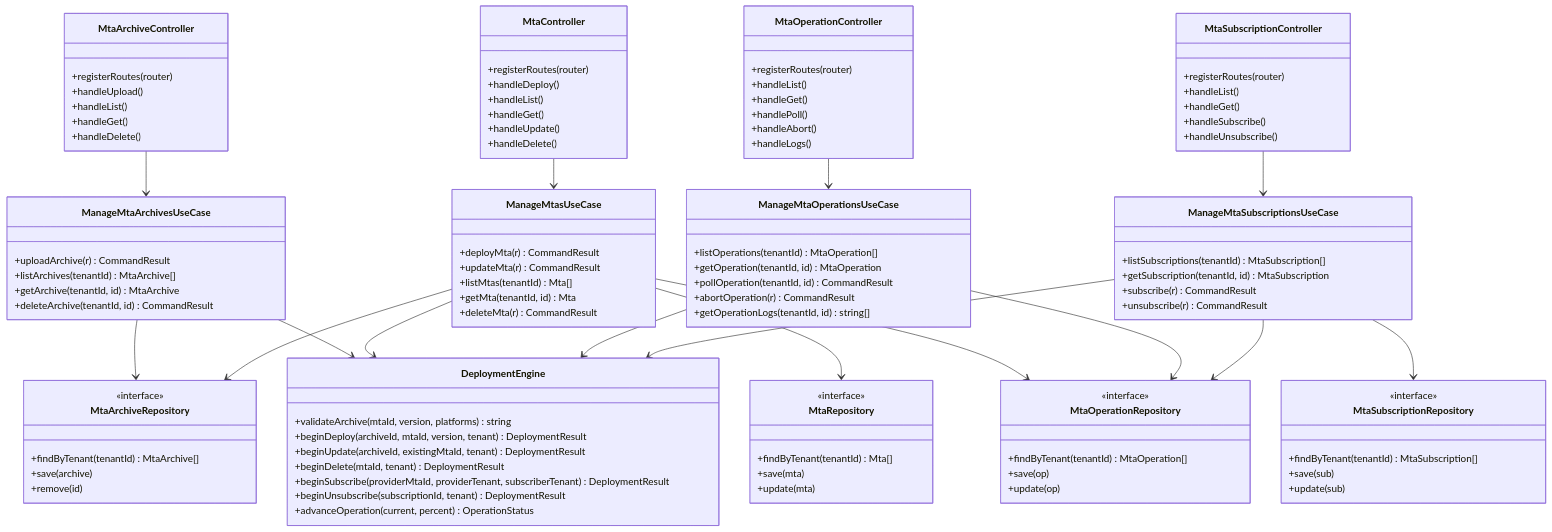
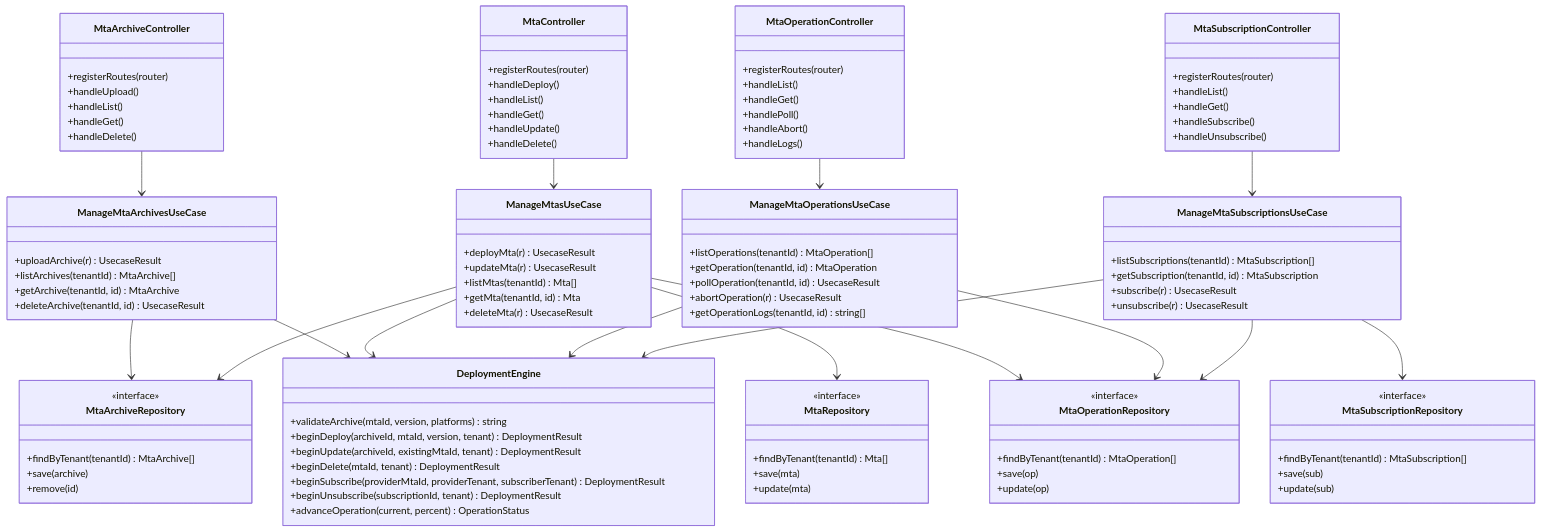
Before and after one commit to UIMSolutions/uim-platform: the second of 7 diagrams in solution-lifecycle/UML.md, drawn with Mermaid. The commit also changed other lines of this file and 907 other files, not shown here.

Commit message:
Rename CommandResult

```diff
--- a/solution-lifecycle/UML.md
+++ b/solution-lifecycle/UML.md
@@ -125,30 +125,30 @@
     }
 
     class ManageMtaArchivesUseCase {
-        +uploadArchive(r) CommandResult
+        +uploadArchive(r) UsecaseResult
         +listArchives(tenantId) MtaArchive[]
         +getArchive(tenantId, id) MtaArchive
-        +deleteArchive(tenantId, id) CommandResult
+        +deleteArchive(tenantId, id) UsecaseResult
     }
     class ManageMtasUseCase {
-        +deployMta(r) CommandResult
-        +updateMta(r) CommandResult
+        +deployMta(r) UsecaseResult
+        +updateMta(r) UsecaseResult
         +listMtas(tenantId) Mta[]
         +getMta(tenantId, id) Mta
-        +deleteMta(r) CommandResult
+        +deleteMta(r) UsecaseResult
     }
     class ManageMtaOperationsUseCase {
         +listOperations(tenantId) MtaOperation[]
         +getOperation(tenantId, id) MtaOperation
-        +pollOperation(tenantId, id) CommandResult
-        +abortOperation(r) CommandResult
+        +pollOperation(tenantId, id) UsecaseResult
+        +abortOperation(r) UsecaseResult
         +getOperationLogs(tenantId, id) string[]
     }
     class ManageMtaSubscriptionsUseCase {
         +listSubscriptions(tenantId) MtaSubscription[]
         +getSubscription(tenantId, id) MtaSubscription
-        +subscribe(r) CommandResult
-        +unsubscribe(r) CommandResult
+        +subscribe(r) UsecaseResult
+        +unsubscribe(r) UsecaseResult
     }
 
     class MtaArchiveController {
```
